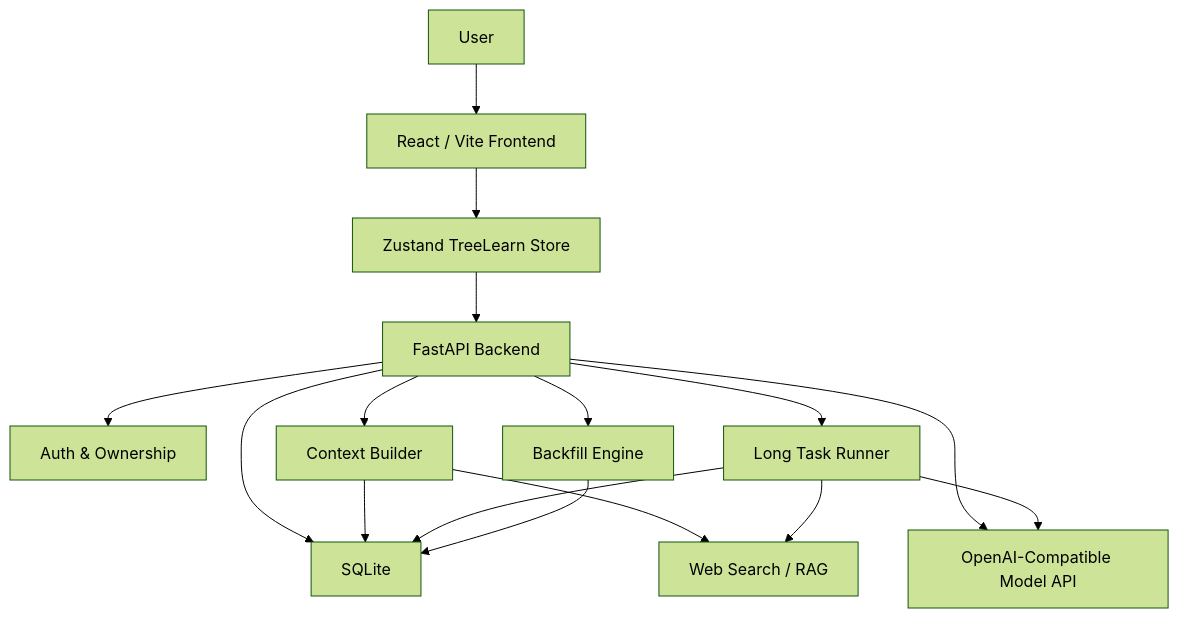
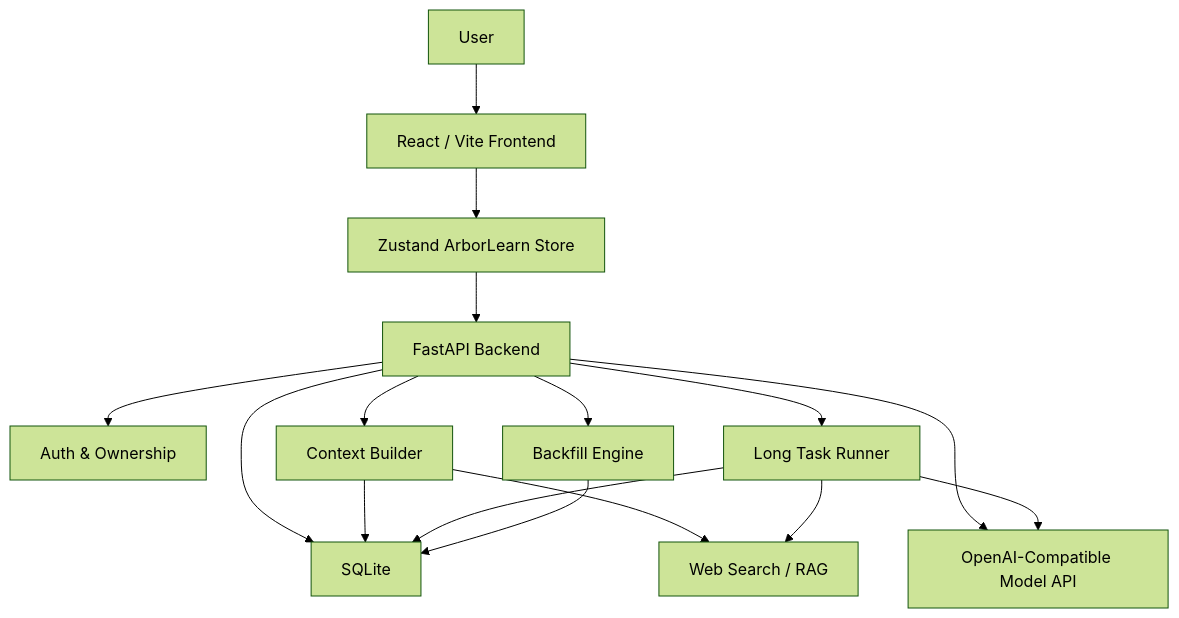
Before and after one commit to ipsc-gummy/ArborLearn: the first of 2 diagrams in docs/ARCHITECTURE.md, drawn with Mermaid (forest theme). The commit also changed other lines of this file and 42 other files, not shown here.

````diff
--- a/docs/ARCHITECTURE.md
+++ b/docs/ARCHITECTURE.md
@@ -17,30 +17,30 @@
 ```mermaid
 flowchart TB
   User["User"]
   Frontend["React / Vite Frontend"]
-  Store["Zustand TreeLearn Store"]
+  Store["Zustand ArborLearn Store"]
   API["FastAPI Backend"]
   Auth["Auth & Ownership"]
   DB["SQLite"]
   Context["Context Builder"]
   Model["OpenAI-Compatible Model API"]
   LongTask["Long Task Runner"]
   Backfill["Backfill Engine"]
   Search["Web Search / RAG"]
 
   User --> Frontend
   Frontend --> Store
   Store --> API
   API --> Auth
   API --> DB
   API --> Context
   Context --> DB
   Context --> Search
   API --> Model
   API --> LongTask
   LongTask --> DB
   LongTask --> Search
   LongTask --> Model
   API --> Backfill
   Backfill --> DB
 ```
````
